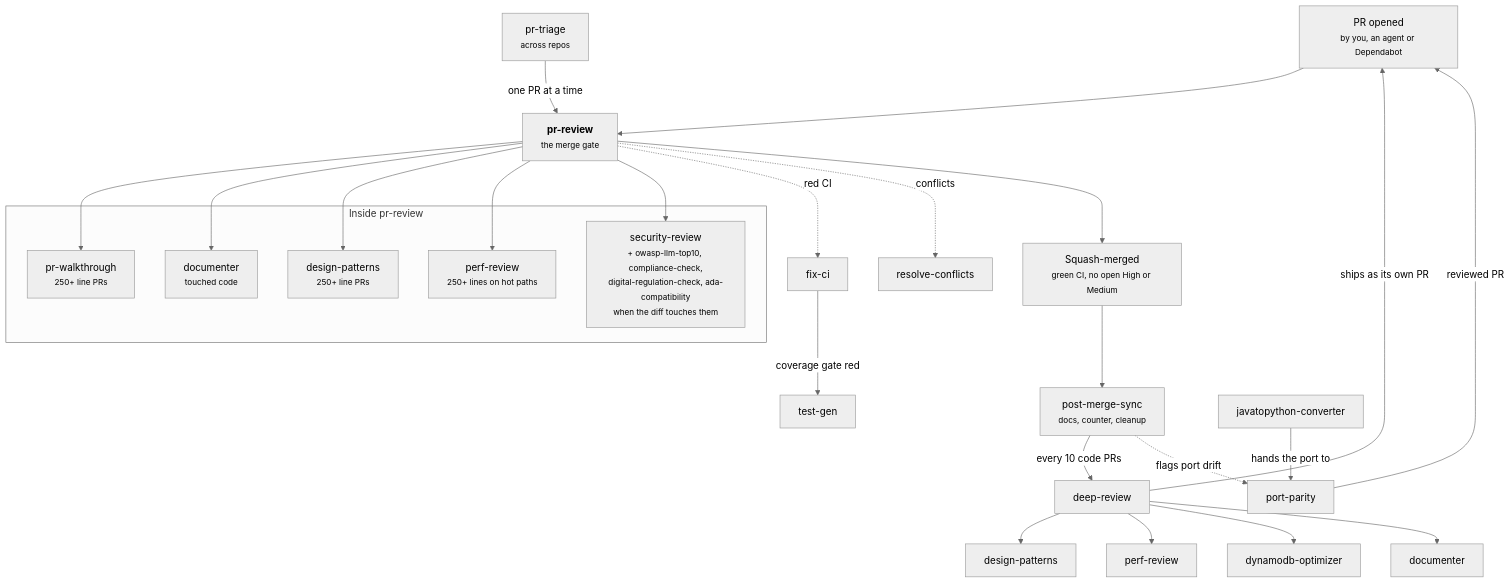
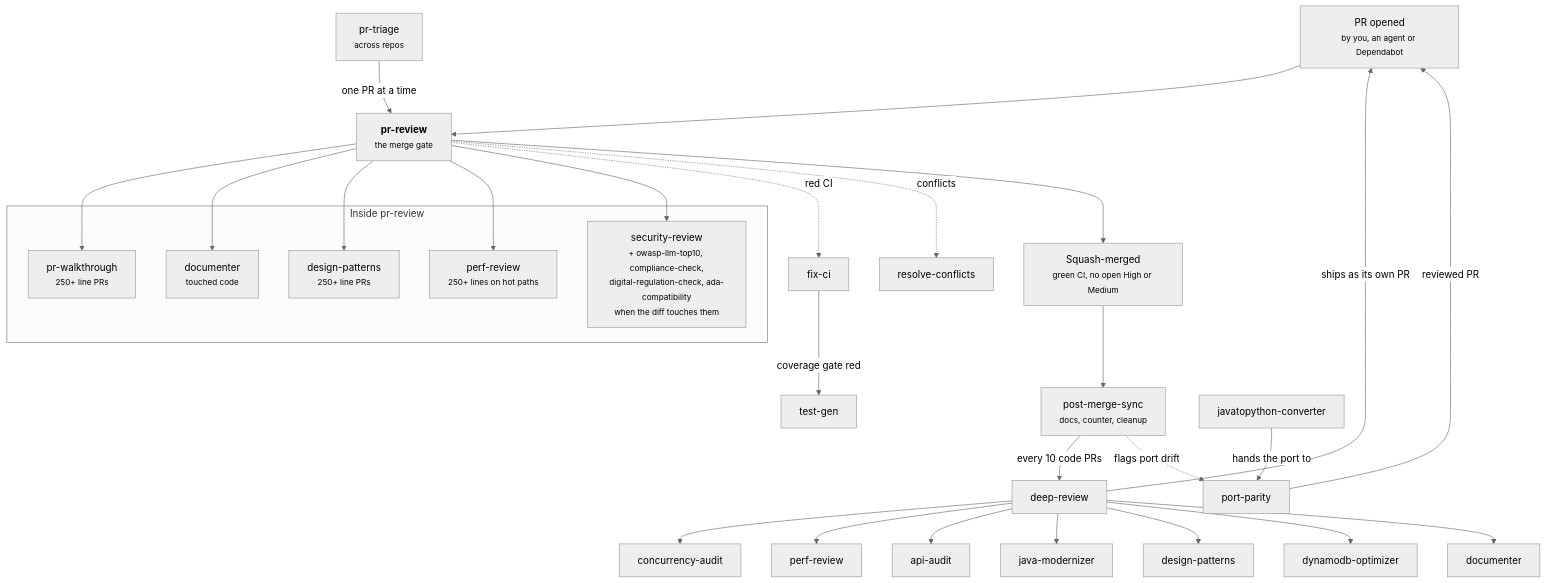
Before and after one commit to manojkhanwalkar/claude-skills: the diagram in docs/SKILLS-AND-RULES.md, drawn with Mermaid (neutral theme). The commit also changed other lines of this file and 24 other files, not shown here.

First line of the commit message:
Add java-modernizer, concurrency-audit and api-audit; run them in deep-review (#75)

````diff
--- a/docs/SKILLS-AND-RULES.md
+++ b/docs/SKILLS-AND-RULES.md
@@ -136,28 +139,29 @@
 ```mermaid
 flowchart TD
     pr["PR opened<br/><small>by you, an agent or Dependabot</small>"] --> review["<b>pr-review</b><br/><small>the merge gate</small>"]
 
     subgraph gate["Inside pr-review"]
         walk["pr-walkthrough<br/><small>250+ line PRs</small>"]
         docr["documenter<br/><small>touched code</small>"]
         dp["design-patterns<br/><small>250+ line PRs</small>"]
         perf["perf-review<br/><small>250+ lines on hot paths</small>"]
         sec["security-review<br/><small>+ owasp-llm-top10, compliance-check,<br/>digital-regulation-check, ada-compatibility<br/>when the diff touches them</small>"]
     end
     review --> walk & docr & dp & perf & sec
 
     review -. "red CI" .-> fixci["fix-ci"]
     review -. "conflicts" .-> conf["resolve-conflicts"]
     fixci -- "coverage gate red" --> tg["test-gen"]
     review --> merged["Squash-merged<br/><small>green CI, no open High or Medium</small>"]
 
     merged --> sync["post-merge-sync<br/><small>docs, counter, cleanup</small>"]
     sync -- "every 10 code PRs" --> deep["deep-review"]
-    deep --> dp2["design-patterns"] & perf2["perf-review"] & dyn["dynamodb-optimizer"] & doc2["documenter"]
+    deep --> conc2["concurrency-audit"] & perf2["perf-review"] & api2["api-audit"] & jm2["java-modernizer"]
+    deep --> dp2["design-patterns"] & dyn["dynamodb-optimizer"] & doc2["documenter"]
     deep -- "ships as its own PR" --> pr
 
     triage["pr-triage<br/><small>across repos</small>"] -- "one PR at a time" --> review
     j2p["javatopython-converter"] -- "hands the port to" --> parity["port-parity"]
     sync -. "flags port drift" .-> parity
     parity -- "reviewed PR" --> pr
 ```
````
